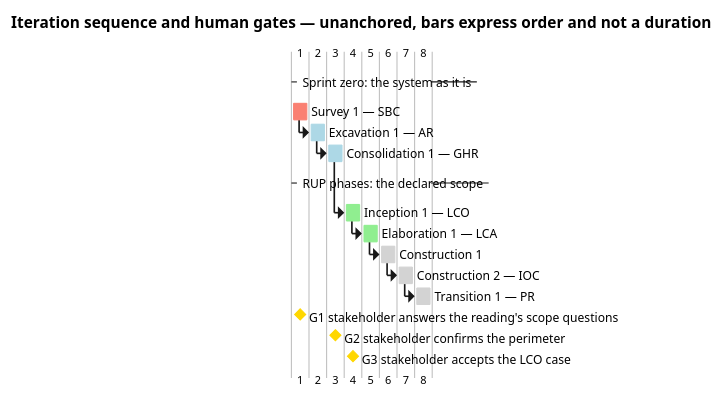
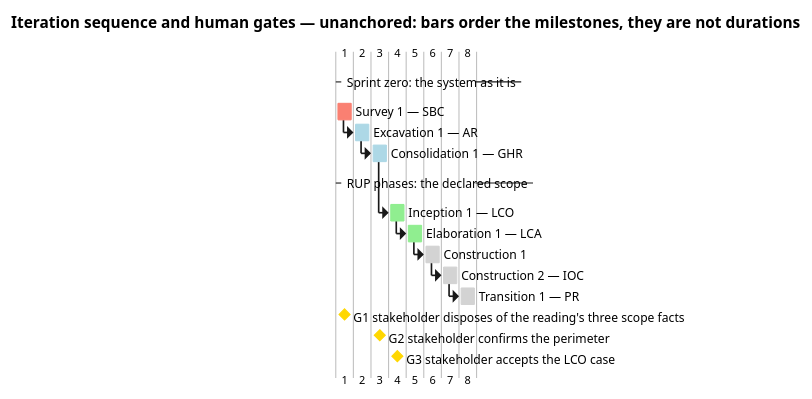
Before and after one commit to banense-test/TodoApp: the second of 3 diagrams in docs/artifacts/project-management/iteration-plan.md, drawn with PlantUML. The commit also changed other lines of this file, not shown here.

First line of the commit message:
Project Manager [Survey1]: upsert Iteration Plan

````diff
--- a/docs/artifacts/project-management/iteration-plan.md
+++ b/docs/artifacts/project-management/iteration-plan.md
@@ -20,51 +100,51 @@
 ```plantuml
 @startgantt
-title Iteration sequence and human gates — unanchored, bars express order and not a duration
+title Iteration sequence and human gates — unanchored: bars order the milestones, they are not durations
 skinparam shadowing false
 
 -- Sprint zero: the system as it is --
 [Survey 1 — SBC] lasts 1 day
 [Excavation 1 — AR] lasts 1 day
 [Consolidation 1 — GHR] lasts 1 day
 
 -- RUP phases: the declared scope --
 [Inception 1 — LCO] lasts 1 day
 [Elaboration 1 — LCA] lasts 1 day
 [Construction 1] lasts 1 day
 [Construction 2 — IOC] lasts 1 day
 [Transition 1 — PR] lasts 1 day
 
 [Excavation 1 — AR] starts at [Survey 1 — SBC]'s end
 [Consolidation 1 — GHR] starts at [Excavation 1 — AR]'s end
 [Inception 1 — LCO] starts at [Consolidation 1 — GHR]'s end
 [Elaboration 1 — LCA] starts at [Inception 1 — LCO]'s end
 [Construction 1] starts at [Elaboration 1 — LCA]'s end
 [Construction 2 — IOC] starts at [Construction 1]'s end
 [Transition 1 — PR] starts at [Construction 2 — IOC]'s end
 
-[G1 stakeholder answers the reading's scope questions] happens at [Survey 1 — SBC]'s end
+[G1 stakeholder disposes of the reading's three scope facts] happens at [Survey 1 — SBC]'s end
 [G2 stakeholder confirms the perimeter] happens at [Consolidation 1 — GHR]'s start
 [G3 stakeholder accepts the LCO case] happens at [Inception 1 — LCO]'s end
 
 [Survey 1 — SBC] is colored in Salmon
 [Excavation 1 — AR] is colored in LightBlue
 [Consolidation 1 — GHR] is colored in LightBlue
 [Inception 1 — LCO] is colored in LightGreen
 [Elaboration 1 — LCA] is colored in LightGreen
 [Construction 1] is colored in LightGray
 [Construction 2 — IOC] is colored in LightGray
 [Transition 1 — PR] is colored in LightGray
-[G1 stakeholder answers the reading's scope questions] is colored in Gold
+[G1 stakeholder disposes of the reading's three scope facts] is colored in Gold
 [G2 stakeholder confirms the perimeter] is colored in Gold
 [G3 stakeholder accepts the LCO case] is colored in Gold
 
 note bottom
-  Every bar is the renderer's unit step, placed only to order the
-  milestones: no iteration in this project has a measured elapsed
-  time, so none is quoted and no bar is a duration. No project start
-  date is given, because none has been measured. The gold gates are
-  queue time, not work: ceiling 14 days each, estimate none, and the
-  actual reported apart from agent time once the gate closes.
+  Every bar is the renderer's unit step, placed only to order the milestones:
+  no iteration in this project has a measured elapsed time, so none is
+  quoted and no bar is a duration. No project start date is given, because
+  none has been measured. The gold markers are human gates: queue time,
+  not work — ceiling 14 days each, estimate none, the actual reported apart
+  from agent time once the gate closes.
 end note
 @endgantt
 ```
````
